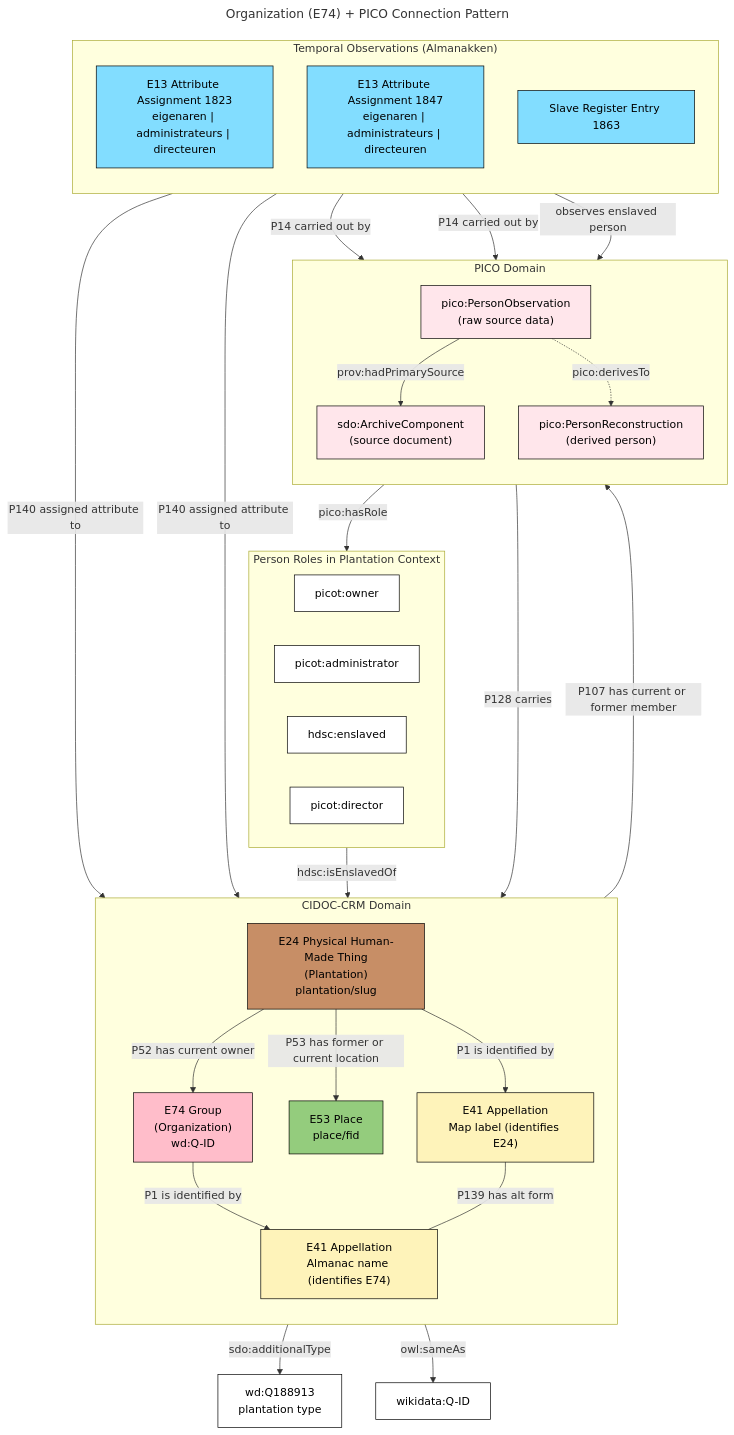
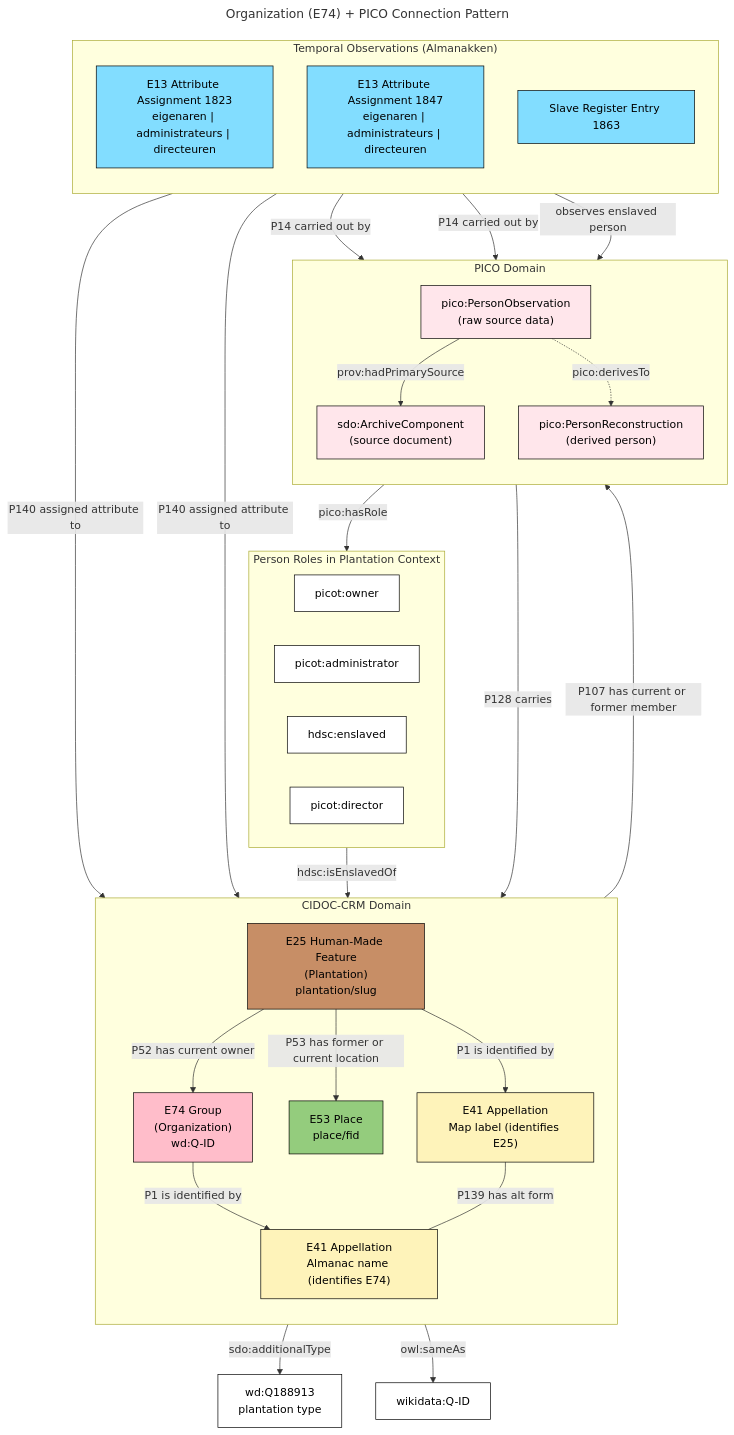
One commit to jonaschlegel/suriname-database-model changed the diagram in docs/models/organization-pico-pattern.mmd. Above: the diagram before and after it, drawn with Mermaid. The commit also changed 41 other files, not shown here.

```diff
--- a/docs/models/organization-pico-pattern.mmd
+++ b/docs/models/organization-pico-pattern.mmd
@@ -1,85 +1,85 @@
 ---
 title: Organization (E74) + PICO Connection Pattern
 ---
 flowchart TB
     subgraph CIDOC_CRM["CIDOC-CRM Domain"]
         direction TB
         E74["E74 Group<br/>(Organization)<br/>wd:Q-ID"]
-        E24["E24 Physical Human-Made Thing<br/>(Plantation)<br/>plantation/slug"]
+        E25["E25 Human-Made Feature<br/>(Plantation)<br/>plantation/slug"]
         E53["E53 Place<br/>place/fid"]
-        E41_MAP["E41 Appellation<br/>Map label (identifies E24)"]
+        E41_MAP["E41 Appellation<br/>Map label (identifies E25)"]
         E41_ALM["E41 Appellation<br/>Almanac name (identifies E74)"]
 
-        E24 -->|"P52 has current owner"| E74
-        E24 -->|"P53 has former or current location"| E53
-        E24 -->|"P1 is identified by"| E41_MAP
+        E25 -->|"P52 has current owner"| E74
+        E25 -->|"P53 has former or current location"| E53
+        E25 -->|"P1 is identified by"| E41_MAP
         E74 -->|"P1 is identified by"| E41_ALM
         E41_MAP ---|"P139 has alt form"| E41_ALM
     end
 
     subgraph PICO_Domain["PICO Domain"]
         direction TB
         PERSON_OBS["pico:PersonObservation<br/>(raw source data)"]
         PERSON_REC["pico:PersonReconstruction<br/>(derived person)"]
         SOURCE["sdo:ArchiveComponent<br/>(source document)"]
 
         PERSON_OBS -->|"prov:hadPrimarySource"| SOURCE
         PERSON_OBS -.->|"pico:derivesTo"| PERSON_REC
     end
 
     subgraph ROLES["Person Roles in Plantation Context"]
         direction LR
         OWNER["picot:owner"]
         ADMIN["picot:administrator"]
         ENSLAVED["hdsc:enslaved"]
         DIRECTOR["picot:director"]
     end
 
     %% Cross-domain connections
     E74 -->|"P107 has current or former member"| PERSON_REC
     PERSON_OBS -->|"pico:hasRole"| ROLES
 
     %% Enslaved relationship modeled explicitly
     ENSLAVED -->|"hdsc:isEnslavedOf"| E74
 
     %% Schema.org for organization properties
     E74 -->|"sdo:additionalType"| TYPE["wd:Q188913<br/>plantation type"]
     E74 -->|"owl:sameAs"| WD["wikidata:Q-ID"]
 
     subgraph OBSERVATION_LAYER["Temporal Observations (Almanakken)"]
         direction TB
         OBS1["E13 Attribute Assignment 1823<br/>eigenaren | administrateurs | directeuren"]
         OBS2["E13 Attribute Assignment 1847<br/>eigenaren | administrateurs | directeuren"]
         OBS3["Slave Register Entry 1863"]
 
         OBS1 -->|"P14 carried out by"| PERSON_OBS
         OBS2 -->|"P14 carried out by"| PERSON_OBS
         OBS3 -->|"observes enslaved person"| PERSON_OBS
     end
 
     OBS1 -->|"P140 assigned attribute to"| E74
     OBS2 -->|"P140 assigned attribute to"| E74
 
     %% Source carries almanac names
     SOURCE -->|"P128 carries"| E41_ALM
 
     %% Style definitions
     %% CRITERIA / George Bruseker CIDOC-CRM colour scheme
     %% See: https://github.com/chin-rcip/CRITERIA
 
     classDef crm_E18_Physical_Thing fill:#c78e66,stroke:#000000,color:#000000
     classDef crm_E53_Place fill:#94cc7d,stroke:#000000,color:#000000
     classDef crm_E39_Actor fill:#ffbdca,stroke:#000000,color:#000000
     classDef crm_E41_Appellation fill:#fef3ba,stroke:#000000,color:#000000
     classDef crm_E2_Temporal_Entity fill:#82ddff,stroke:#000000,color:#000000
     classDef crm_E39_Actor_URI fill:#ffe6eb,stroke:#000000,color:#000000
     classDef Literal fill:#ffffff,stroke:#000000,color:#000000
 
     class E74 crm_E39_Actor
-    class E24 crm_E18_Physical_Thing
+    class E25 crm_E18_Physical_Thing
     class E53 crm_E53_Place
     class E41_MAP,E41_ALM crm_E41_Appellation
     class PERSON_OBS,PERSON_REC,SOURCE crm_E39_Actor_URI
     class OWNER,ADMIN,ENSLAVED,DIRECTOR Literal
     class OBS1,OBS2,OBS3 crm_E2_Temporal_Entity
     class TYPE,WD Literal
```
